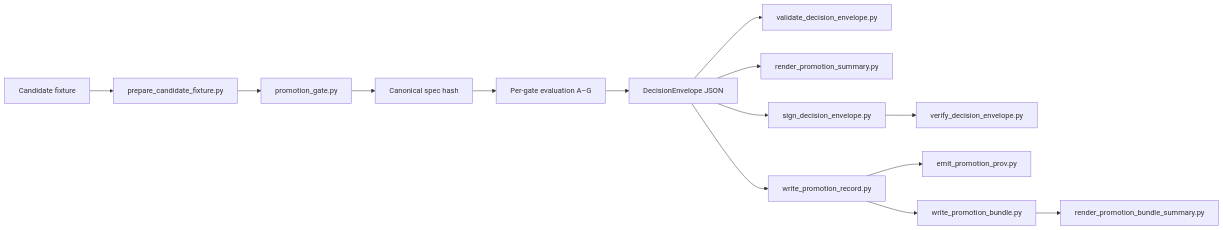
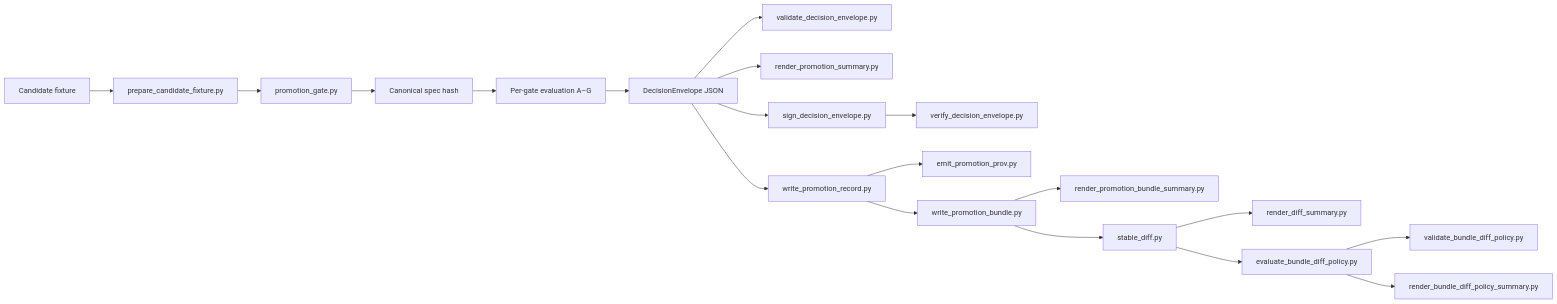
Before and after one commit to bartytime4life/Kansas-Frontier-Matrix: the first of 2 diagrams in tools/validators/promotion_gate/README.md, drawn with Mermaid. The commit also changed other lines of this file, not shown here.

First line of the commit message:
Revise README for promotion gate and diff-policy updates

````diff
--- a/tools/validators/promotion_gate/README.md
+++ b/tools/validators/promotion_gate/README.md
@@ -316,16 +369,21 @@
 ```mermaid
 flowchart LR
     A[Candidate fixture] --> B[prepare_candidate_fixture.py]
     B --> C[promotion_gate.py]
     C --> D[Canonical spec hash]
     D --> E[Per-gate evaluation A–G]
     E --> F[DecisionEnvelope JSON]
     F --> G[validate_decision_envelope.py]
     F --> H[render_promotion_summary.py]
     F --> I[sign_decision_envelope.py]
     I --> J[verify_decision_envelope.py]
     F --> K[write_promotion_record.py]
     K --> L[emit_promotion_prov.py]
     K --> M[write_promotion_bundle.py]
     M --> N[render_promotion_bundle_summary.py]
+    M --> O[stable_diff.py]
+    O --> P[render_diff_summary.py]
+    O --> Q[evaluate_bundle_diff_policy.py]
+    Q --> R[validate_bundle_diff_policy.py]
+    Q --> S[render_bundle_diff_policy_summary.py]
 ```
````
